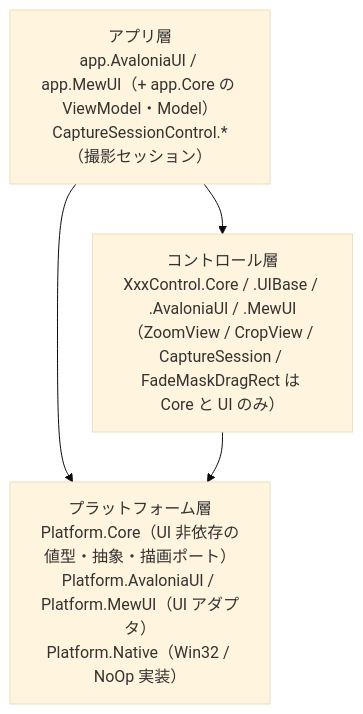
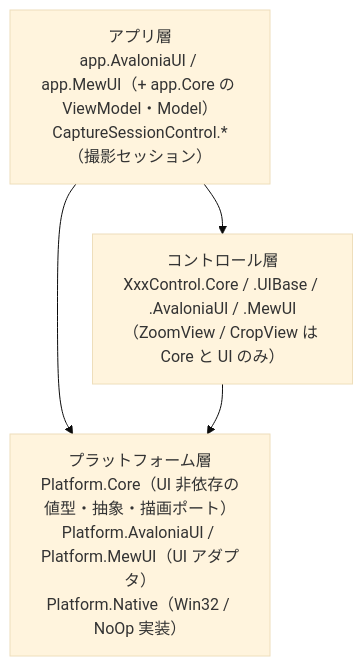
One commit to tomokuni/SaveEvidence changed the first of 2 diagrams in src/README.md. Above: the diagram before and after it, drawn with Mermaid (base theme). The commit also changed other lines of this file and 20 other files, not shown here.

````diff
--- a/src/README.md
+++ b/src/README.md
@@ -8,9 +8,9 @@
 ```mermaid
 flowchart TB
     APP["アプリ層<br/>app.AvaloniaUI / app.MewUI（+ app.Core の ViewModel・Model）<br/>CaptureSessionControl.*（撮影セッション）"]
-    CTRL["コントロール層<br/>XxxControl.Core / .UIBase / .AvaloniaUI / .MewUI<br/>（ZoomView / CropView / CaptureSession / FadeMaskDragRect は Core と UI のみ）"]
+    CTRL["コントロール層<br/>XxxControl.Core / .UIBase / .AvaloniaUI / .MewUI<br/>（ZoomView / CropView は Core と UI のみ）"]
     PLAT["プラットフォーム層<br/>Platform.Core（UI 非依存の値型・抽象・描画ポート）<br/>Platform.AvaloniaUI / Platform.MewUI（UI アダプタ）<br/>Platform.Native（Win32 / NoOp 実装）"]
     APP --> CTRL
     APP --> PLAT
     CTRL --> PLAT
 ```
````
